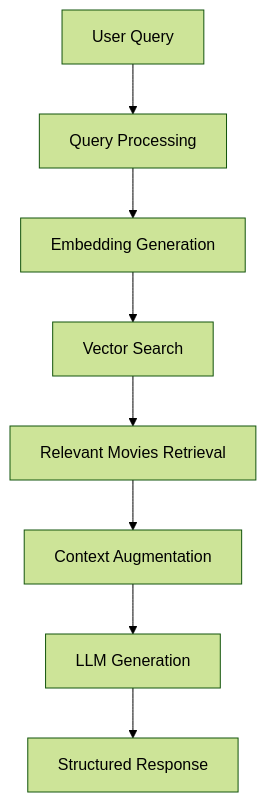
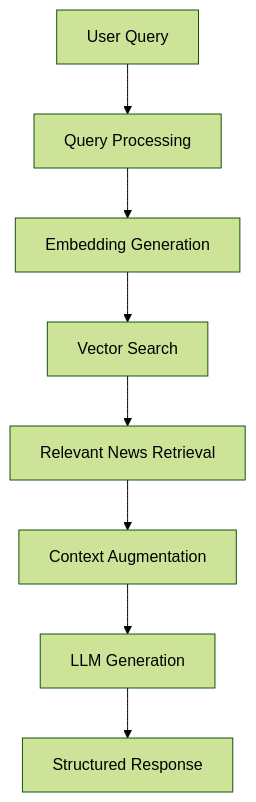
Before and after one commit to shashankgoswami/Stock_News_QnA: the diagram in README.md, drawn with Mermaid (forest theme). The commit also changed other lines of this file, not shown here.

````diff
--- a/README.md
+++ b/README.md
@@ -32,10 +20,10 @@
 ```mermaid
 graph TD
     A[User Query] --> B[Query Processing]
     B --> C[Embedding Generation]
     C --> D[Vector Search]
-    D --> E[Relevant Movies Retrieval]
+    D --> E[Relevant News Retrieval]
     E --> F[Context Augmentation]
     F --> G[LLM Generation]
     G --> H[Structured Response]
 ```
````
